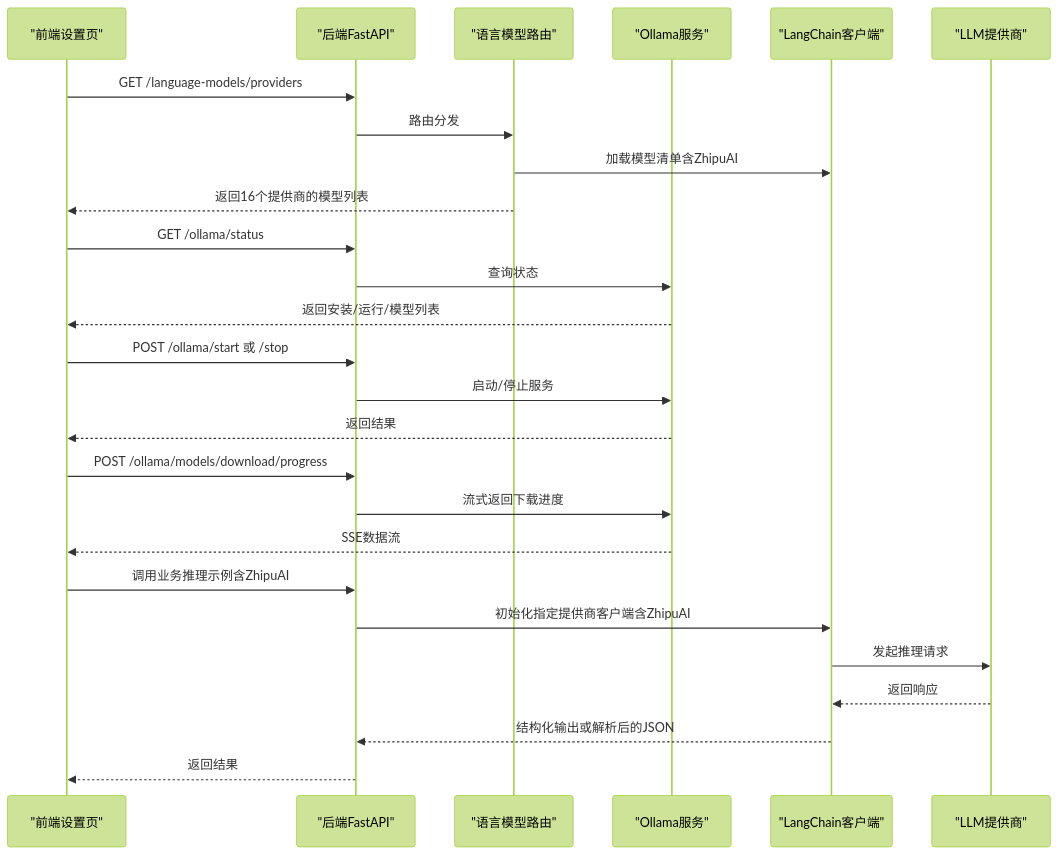
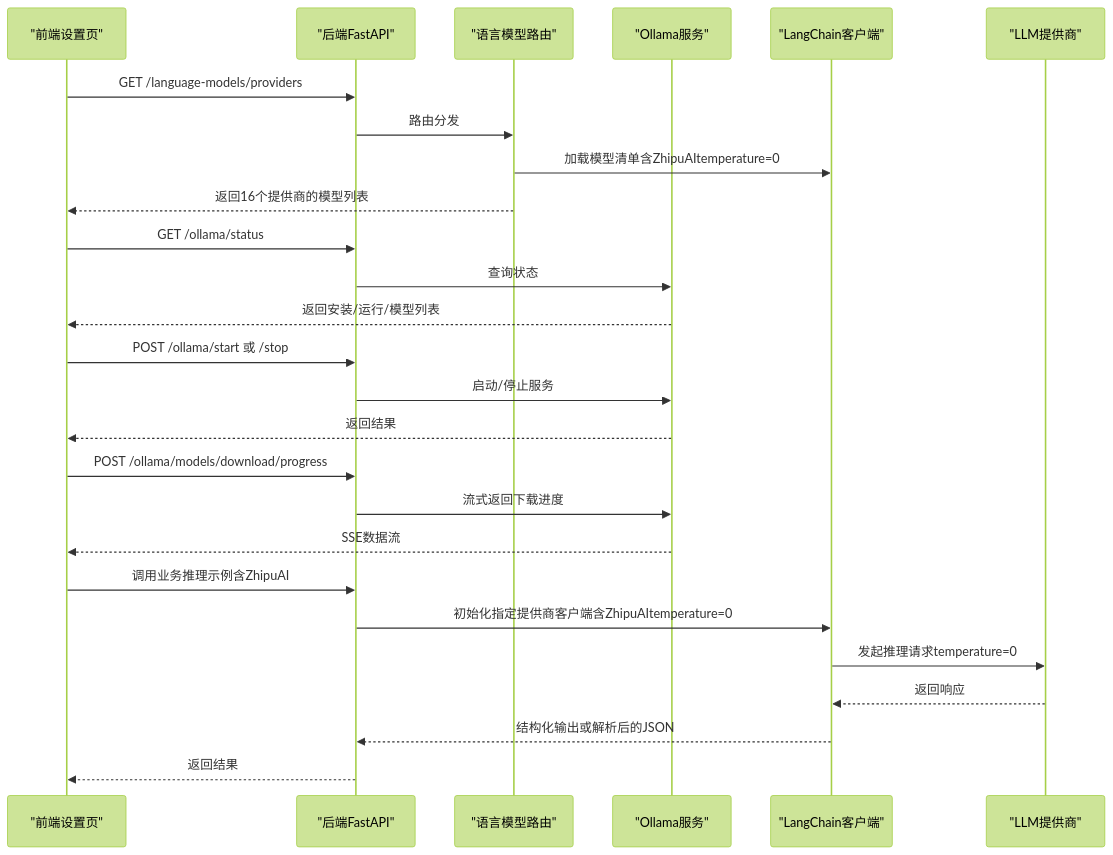
The second of 8 diagrams in .qoder/repowiki/zh/content/AI_ML集成/LLM服务集成.md (lichen14-hash/ai-hedge-fund), drawn with Mermaid (forest theme) before and after one commit. The commit also changed other lines of this file and 24 other files, not shown here.

````diff
--- a/.qoder/repowiki/zh/content/AI_ML集成/LLM服务集成.md
+++ b/.qoder/repowiki/zh/content/AI_ML集成/LLM服务集成.md
@@ -114,28 +115,28 @@
 ```mermaid
 sequenceDiagram
 participant FE as "前端设置页"
 participant API as "后端FastAPI"
 participant LM as "语言模型路由"
 participant OS as "Ollama服务"
 participant LC as "LangChain客户端"
 participant LLM as "LLM提供商"
 FE->>API : GET /language-models/providers
 API->>LM : 路由分发
-LM->>LC : 加载模型清单含ZhipuAI
+LM->>LC : 加载模型清单含ZhipuAItemperature=0
 LM-->>FE : 返回16个提供商的模型列表
 FE->>API : GET /ollama/status
 API->>OS : 查询状态
 OS-->>FE : 返回安装/运行/模型列表
 FE->>API : POST /ollama/start 或 /stop
 API->>OS : 启动/停止服务
 OS-->>FE : 返回结果
 FE->>API : POST /ollama/models/download/progress
 API->>OS : 流式返回下载进度
 OS-->>FE : SSE数据流
 FE->>API : 调用业务推理示例含ZhipuAI
-API->>LC : 初始化指定提供商客户端含ZhipuAI
-LC->>LLM : 发起推理请求
+API->>LC : 初始化指定提供商客户端含ZhipuAItemperature=0
+LC->>LLM : 发起推理请求temperature=0
 LLM-->>LC : 返回响应
 LC-->>API : 结构化输出或解析后的JSON
 API-->>FE : 返回结果
 ```
````
